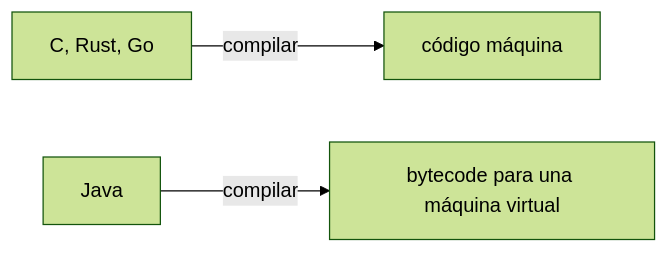
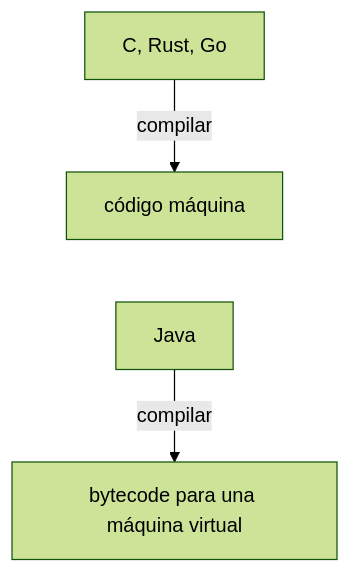
The first of 2 diagrams in src/content/es/articles/compilar-y-transpilar.mdx (nbfrodri/devly), drawn with Mermaid (forest theme) before and after one commit. The commit also changed other lines of this file and 10 other files, not shown here.

````diff
--- a/src/content/es/articles/compilar-y-transpilar.mdx
+++ b/src/content/es/articles/compilar-y-transpilar.mdx
@@ -27,5 +27,6 @@
 ```mermaid
-flowchart LR
+flowchart TB
 	A["C, Rust, Go"] -- compilar --> B["código máquina"]
+	B ~~~ C
 	C["Java"] -- compilar --> D["bytecode para una máquina virtual"]
 ```
````
